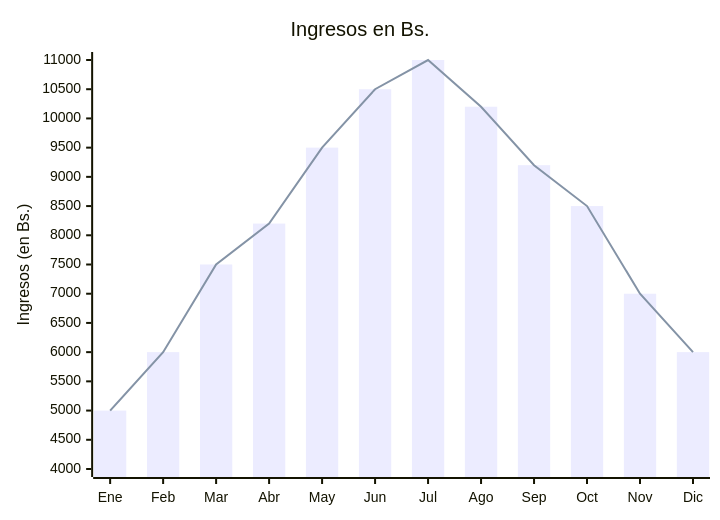
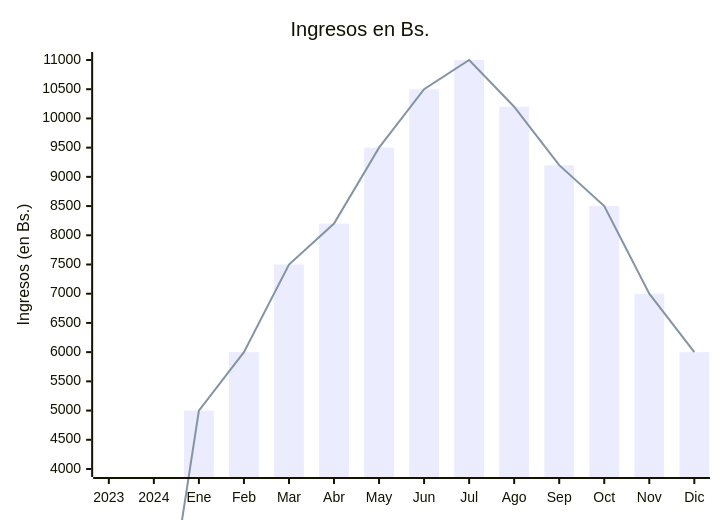
The diagram in profile/README.md (Condominio-Santa-Maria/.github), drawn with Mermaid before and after one commit.

````diff
--- a/profile/README.md
+++ b/profile/README.md
@@ -17,9 +17,9 @@
 ```mermaid
 xychart-beta
     title "Ingresos en Bs."
-    x-axis [Ene, Feb, Mar, Abr, May, Jun, Jul, Ago, Sep, Oct, Nov, Dic]
+    x-axis [2023, 2024, Ene, Feb, Mar, Abr, May, Jun, Jul, Ago, Sep, Oct, Nov, Dic]
     y-axis "Ingresos (en Bs.)" 4000 --> 11000
-    bar [5000, 6000, 7500, 8200, 9500, 10500, 11000, 10200, 9200, 8500, 7000, 6000]
-    line [5000, 6000, 7500, 8200, 9500, 10500, 11000, 10200, 9200, 8500, 7000, 6000]
+    bar [0, 0, 5000, 6000, 7500, 8200, 9500, 10500, 11000, 10200, 9200, 8500, 7000, 6000]
+    line [0, 0, 5000, 6000, 7500, 8200, 9500, 10500, 11000, 10200, 9200, 8500, 7000, 6000]
 
 ```
````
